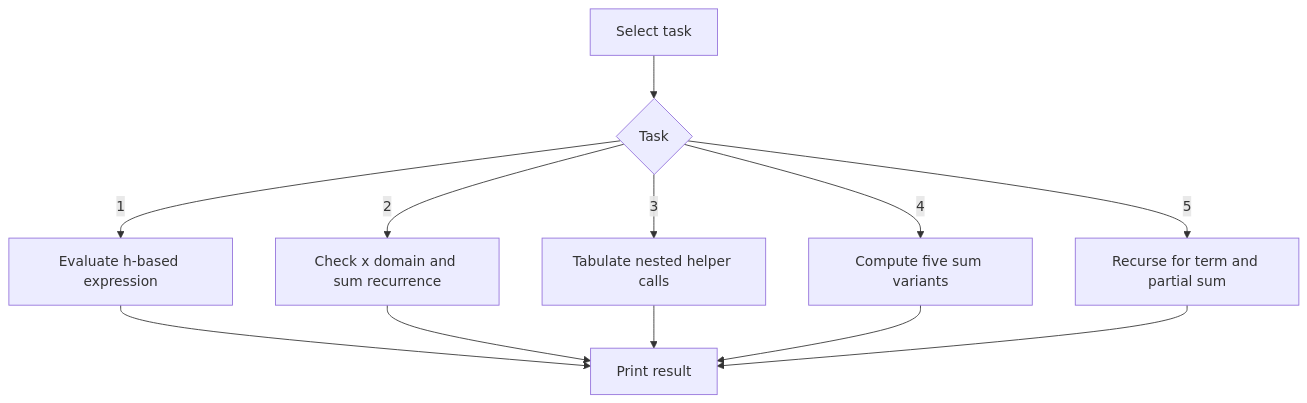
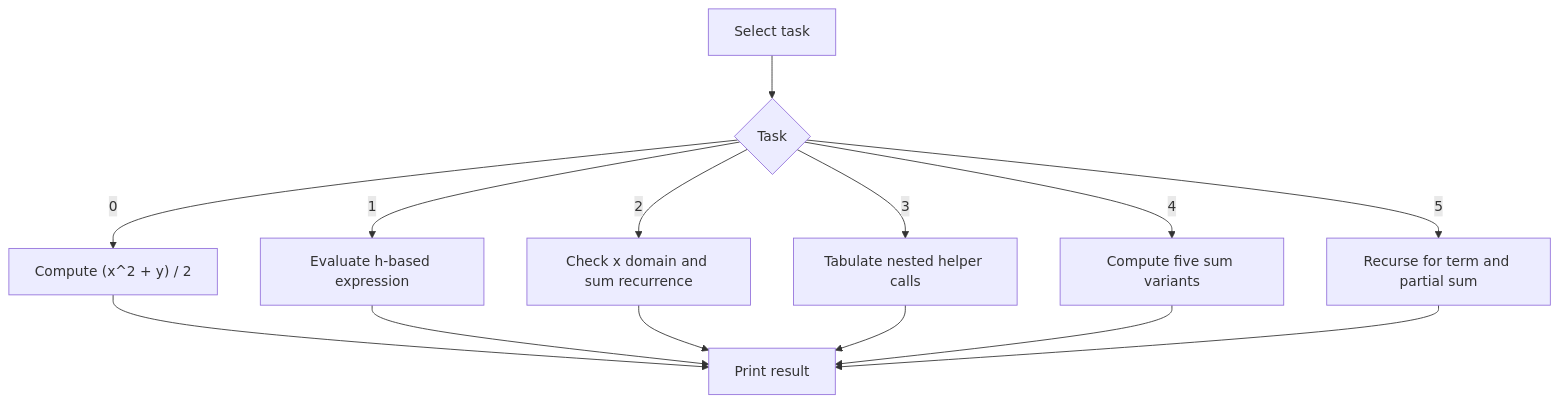
The first of 3 diagrams in Lb5/README.md (lviv-polytech/alg-cpp-labs), drawn with Mermaid before and after one commit. The commit also changed other lines of this file and 7 other files, not shown here.

````diff
--- a/Lb5/README.md
+++ b/Lb5/README.md
@@ -20,14 +29,16 @@
 ```mermaid
 flowchart TD
     Start["Select task"] --> T{"Task"}
+    T -->|0| Intro["Compute (x^2 + y) / 2"]
     T -->|1| Expr["Evaluate h-based expression"]
     T -->|2| Taylor["Check x domain and sum recurrence"]
     T -->|3| Helper["Tabulate nested helper calls"]
     T -->|4| Recur["Compute five sum variants"]
     T -->|5| Geom["Recurse for term and partial sum"]
-    Expr --> Out["Print result"]
+    Intro --> Out["Print result"]
+    Expr --> Out
     Taylor --> Out
     Helper --> Out
     Recur --> Out
     Geom --> Out
 ```
````
